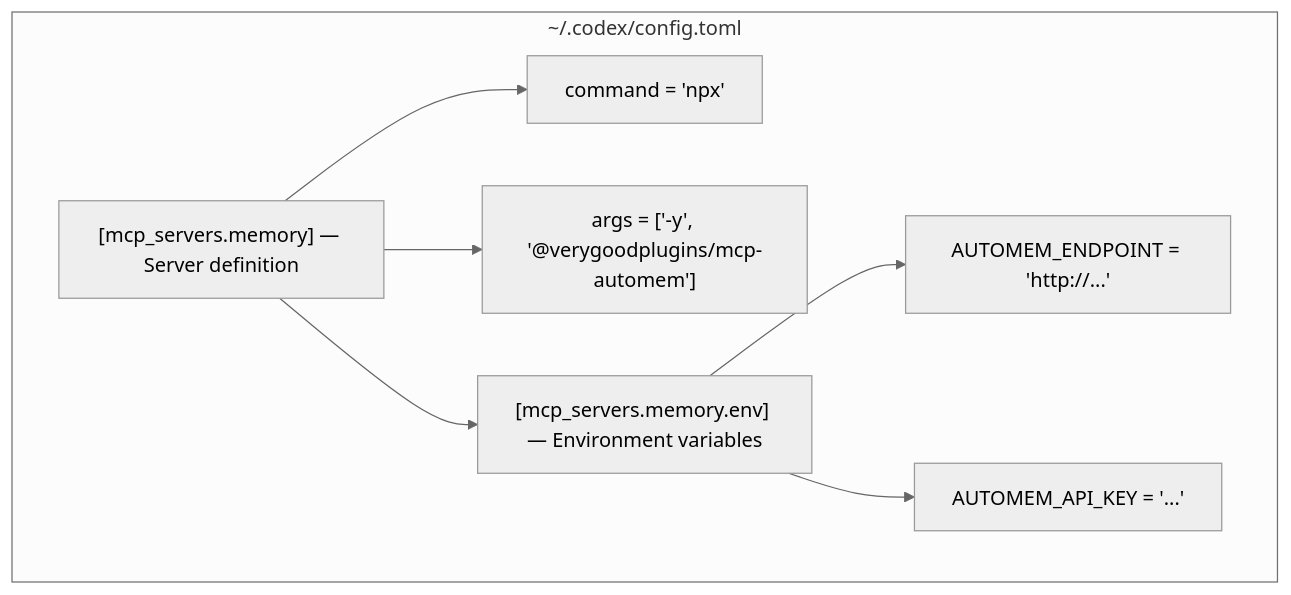
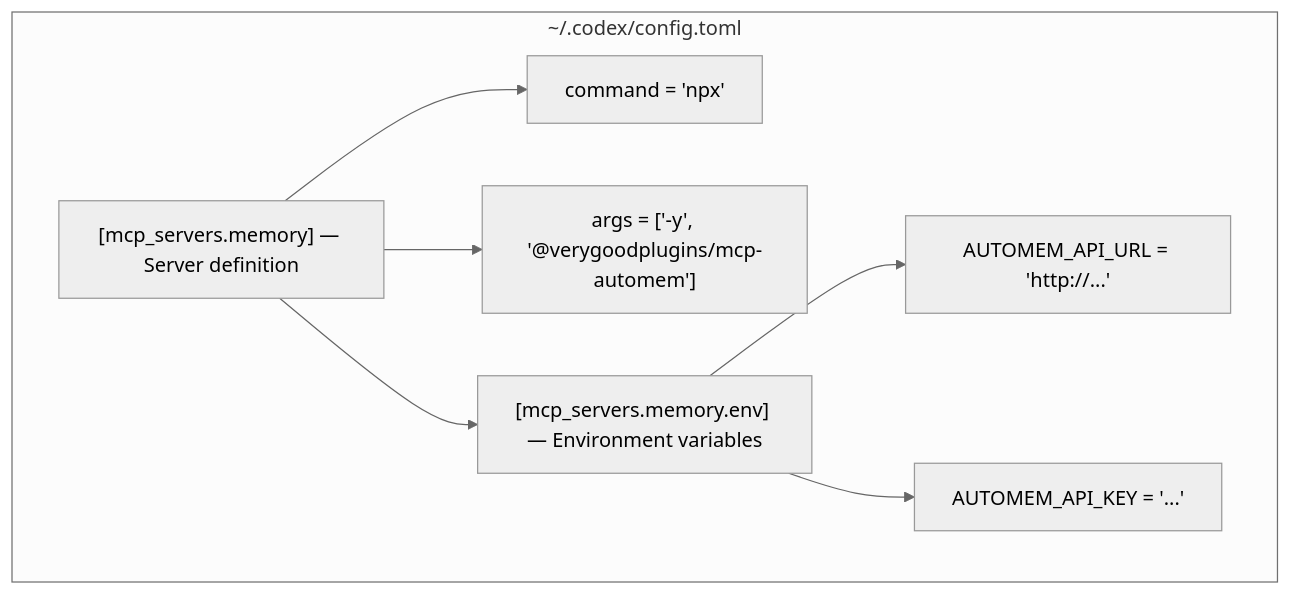
Before and after one commit to verygoodplugins/automem-website: the second of 2 diagrams in src/content/docs/docs/platforms/codex.md, drawn with Mermaid (neutral theme). The commit also changed other lines of this file and 9 other files, not shown here.

First line of the commit message:
docs: use canonical AUTOMEM_API_URL in platform config examples

````diff
--- a/src/content/docs/docs/platforms/codex.md
+++ b/src/content/docs/docs/platforms/codex.md
@@ -167,17 +167,17 @@
 ```mermaid
 graph TB
     subgraph "~/.codex/config.toml"
         ROOT["[mcp_servers.memory] — Server definition"]
         CMD["command = 'npx'"]
         ARGS["args = ['-y', '@verygoodplugins/mcp-automem']"]
         ENV_SECTION["[mcp_servers.memory.env] — Environment variables"]
-        ENDPOINT["AUTOMEM_ENDPOINT = 'http://...'"]
+        ENDPOINT["AUTOMEM_API_URL = 'http://...'"]
         KEY["AUTOMEM_API_KEY = '...'"]
     end
 
     ROOT --> CMD
     ROOT --> ARGS
     ROOT --> ENV_SECTION
     ENV_SECTION --> ENDPOINT
     ENV_SECTION --> KEY
 ```
````
